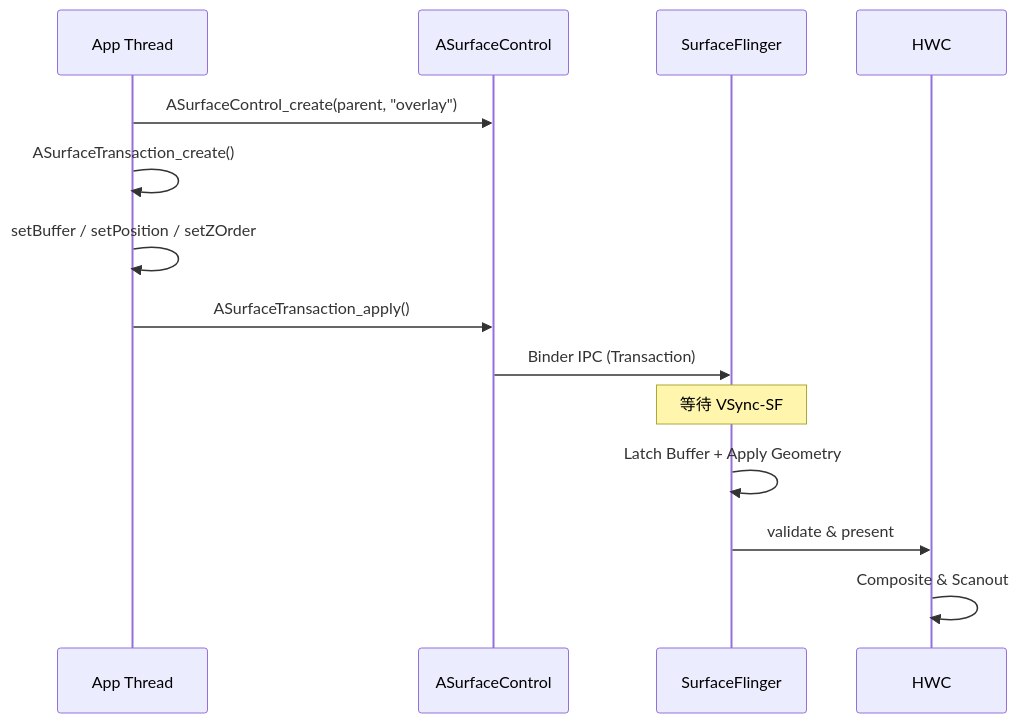
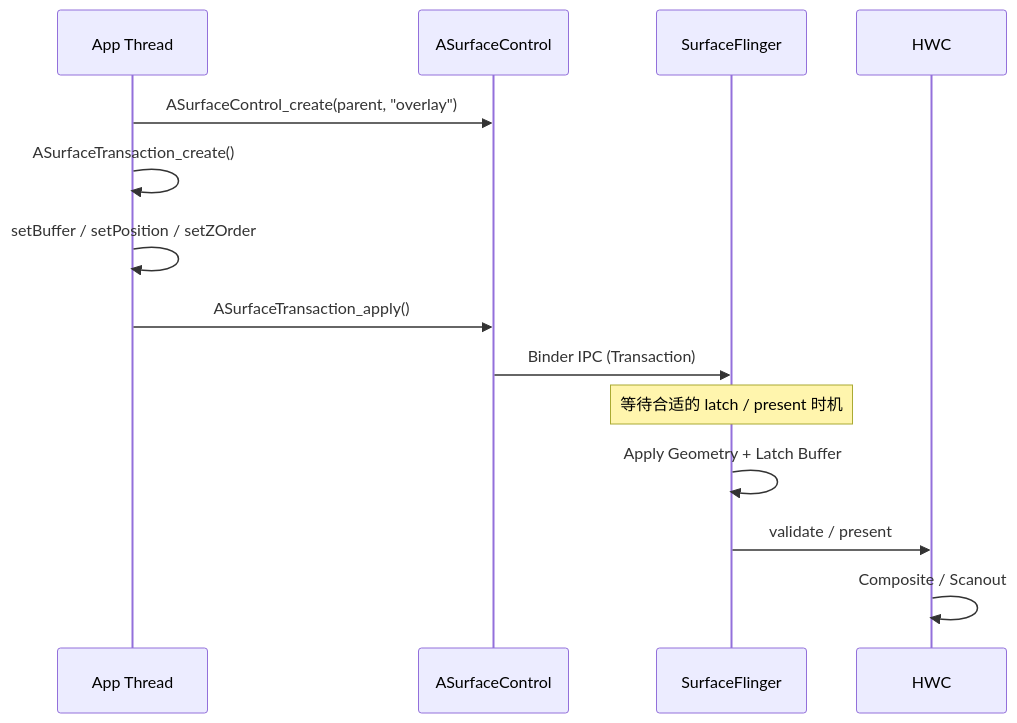
Before and after one commit to Gracker/android-internals-wiki: the first of 2 diagrams in src/part2-performance/ch18-rendering-pipelines/10-surface-control-api.md, drawn with Mermaid. The commit also changed other lines of this file and 2 other files, not shown here.

````diff
--- a/src/part2-performance/ch18-rendering-pipelines/10-surface-control-api.md
+++ b/src/part2-performance/ch18-rendering-pipelines/10-surface-control-api.md
@@ -128,18 +131,18 @@
 ```mermaid
 sequenceDiagram
     participant App as App Thread
     participant SC as ASurfaceControl
     participant SF as SurfaceFlinger
     participant HWC as HWC
 
     App->>SC: ASurfaceControl_create(parent, "overlay")
     App->>App: ASurfaceTransaction_create()
     App->>App: setBuffer / setPosition / setZOrder
     App->>SC: ASurfaceTransaction_apply()
-    
+
     SC->>SF: Binder IPC (Transaction)
-    Note over SF: 等待 VSync-SF
-    SF->>SF: Latch Buffer + Apply Geometry
-    SF->>HWC: validate & present
-    HWC->>HWC: Composite & Scanout
+    Note over SF: 等待合适的 latch / present 时机
+    SF->>SF: Apply Geometry + Latch Buffer
+    SF->>HWC: validate / present
+    HWC->>HWC: Composite / Scanout
 ```
````
